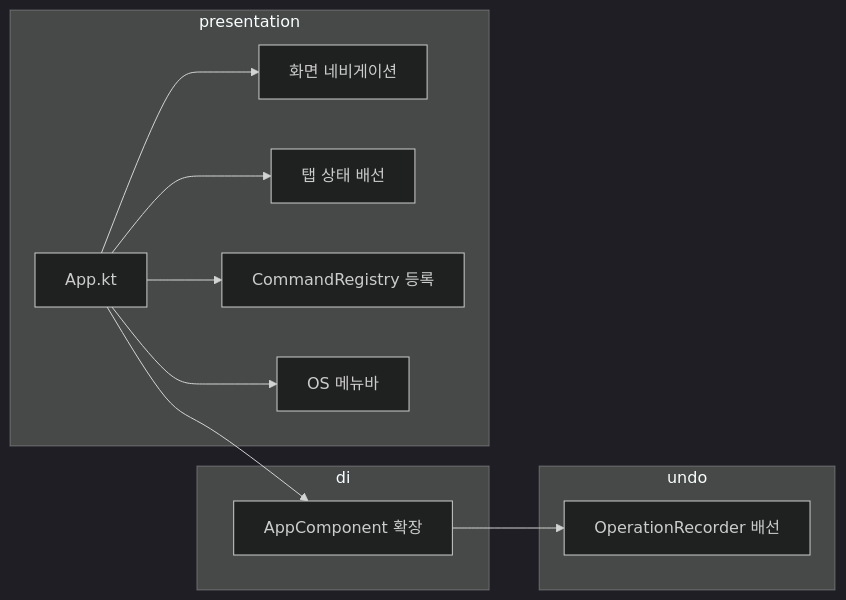
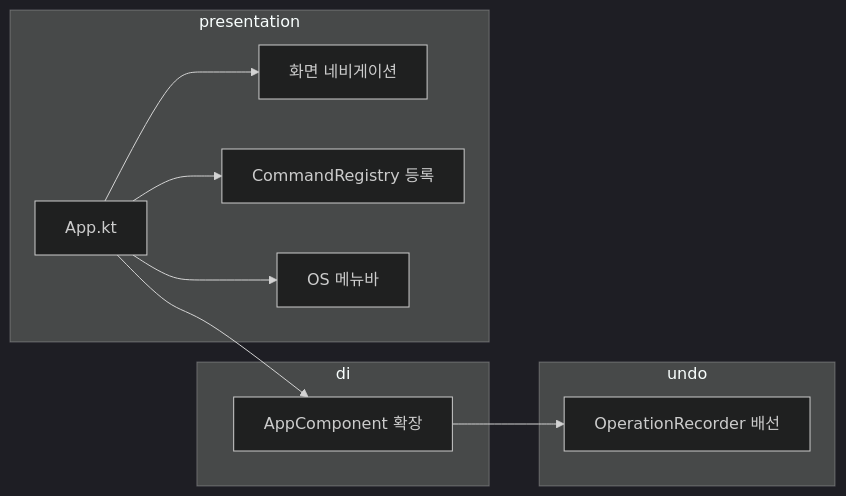
The second of 2 diagrams in tickets/UND-51-wiring-phase2.md (biuea3866/gitkraken-clone-app), drawn with Mermaid (dark theme) before and after one commit. The commit also changed other lines of this file and 16 other files, not shown here.

````diff
--- a/tickets/UND-51-wiring-phase2.md
+++ b/tickets/UND-51-wiring-phase2.md
@@ -47,22 +56,20 @@
 ```mermaid
 flowchart LR
     subgraph di["di"]
         Component[AppComponent 확장]
     end
     subgraph pres["presentation"]
         App[App.kt]
         Nav[화면 네비게이션]
-        Tabs[탭 상태 배선]
         Registry[CommandRegistry 등록]
         Menu[OS 메뉴바]
     end
     subgraph undo
         Recorder[OperationRecorder 배선]
     end
     App --> Component
     App --> Nav
-    App --> Tabs
     App --> Registry
     App --> Menu
     Component --> Recorder
 ```
````
